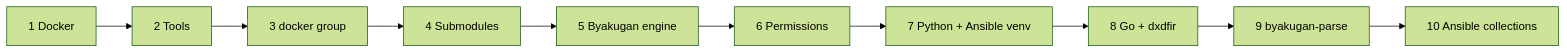
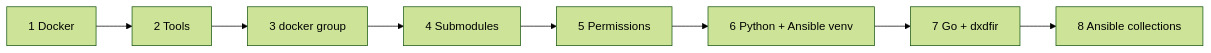
One commit to Get-Sybers/DX_DFIR changed the diagram in docs/architecture/setup-flow.md. Above: the diagram before and after it, drawn with Mermaid (forest theme). The commit also changed other lines of this file and 31 other files, not shown here.

````diff
--- a/docs/architecture/setup-flow.md
+++ b/docs/architecture/setup-flow.md
@@ -8,6 +8,6 @@
 ```mermaid
 flowchart LR
     A[1 Docker] --> B[2 Tools] --> C[3 docker group] --> D[4 Submodules]
-    D --> E[5 Byakugan engine] --> F[6 Permissions] --> G[7 Python + Ansible venv]
-    G --> H[8 Go + dxdfir] --> I[9 byakugan-parse] --> J[10 Ansible collections]
+    D --> E[5 Permissions] --> F[6 Python + Ansible venv]
+    F --> G[7 Go + dxdfir] --> H[8 Ansible collections]
 ```
````
